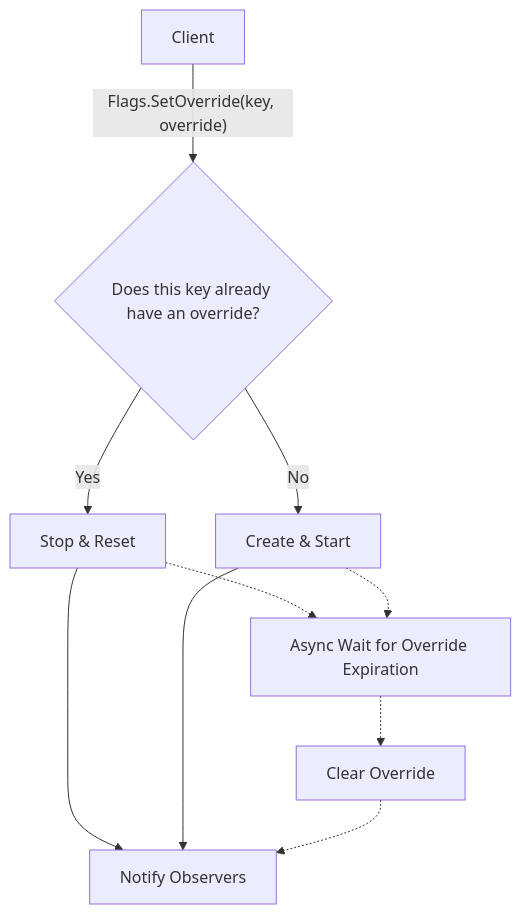
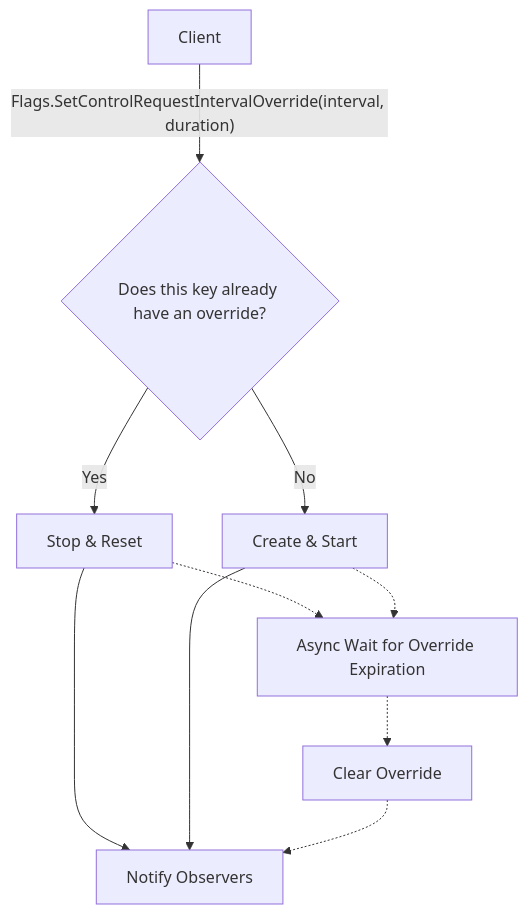
The third of 3 diagrams in docs/architecture/flags.md (kolide/launcher), drawn with Mermaid before and after one commit. The commit also changed other lines of this file and 3 other files, not shown here.

````diff
--- a/docs/architecture/flags.md
+++ b/docs/architecture/flags.md
@@ -61,24 +61,24 @@
 ```mermaid
 flowchart TB
     Client[Client]
     Notify[Notify Observers]
     Existing{Does this key already have an override?}
     Start[Create & Start]
     Reset[Stop & Reset]
     Wait[Async Wait for Override Expiration]
     Clear[Clear Override]
 
-    Client -->|"Flags.SetOverride(key, override)"|Existing
+    Client -->|"Flags.SetControlRequestIntervalOverride(interval, duration)"|Existing
 
     Existing -->|Yes| Reset
     Existing -->|No| Start
 
     Reset --> Notify
     Start --> Notify
 
     Reset -.-> Wait
     Start -.-> Wait
 
     Wait -.->Clear
     Clear -.-> Notify
 ```
````
